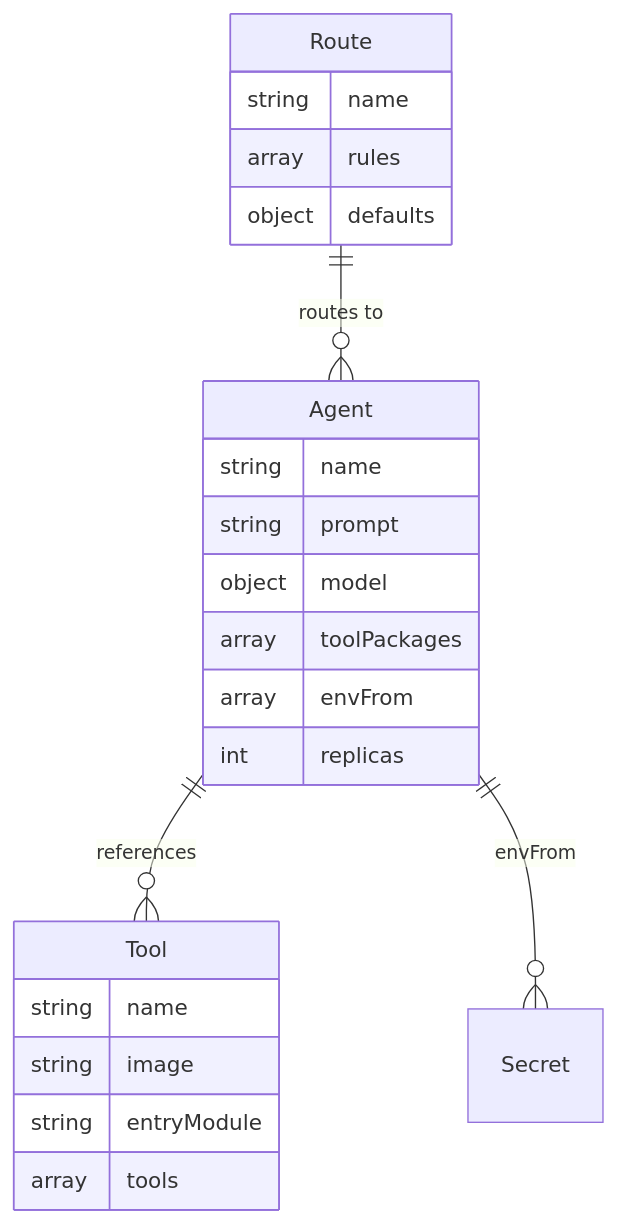
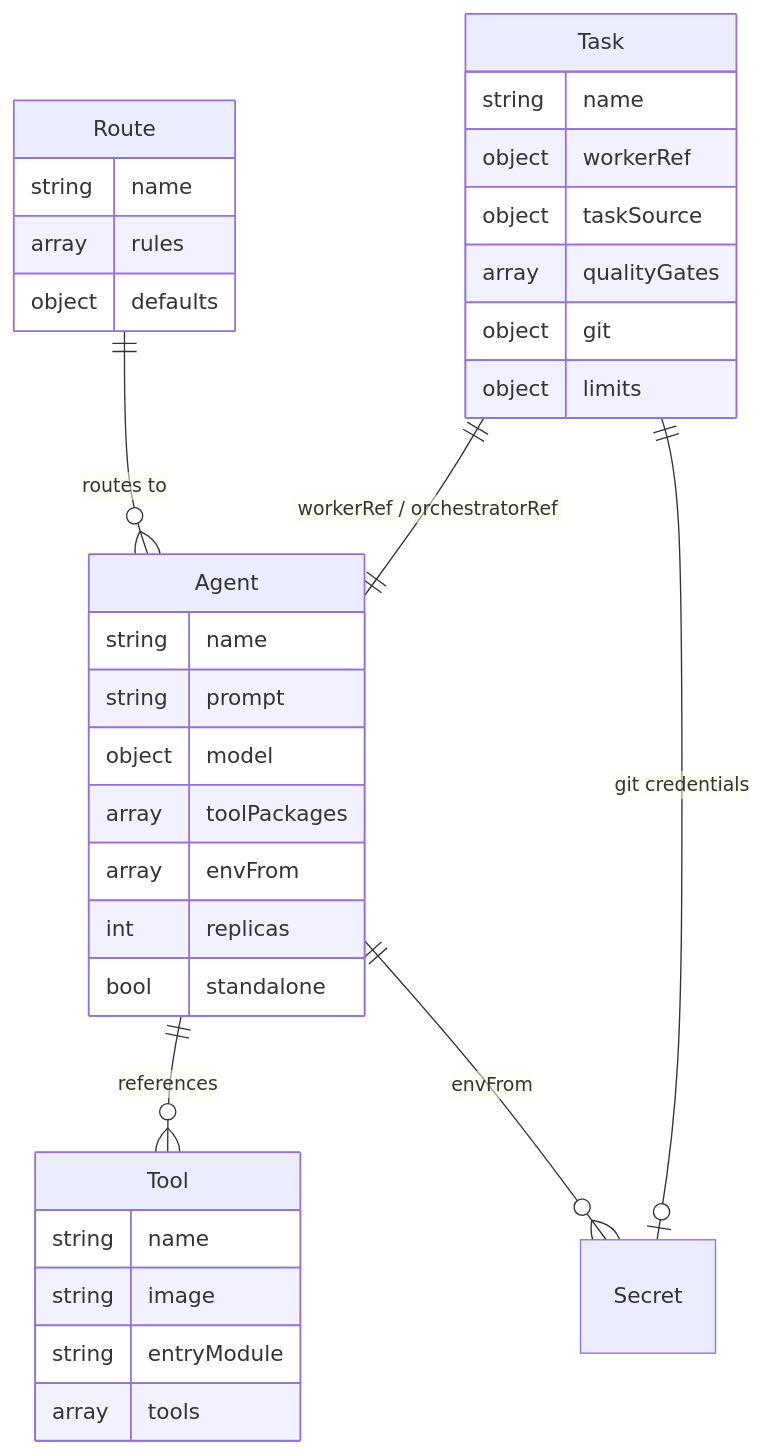
Before and after one commit to jalet/mcp-fabric: the fourth of 7 diagrams in docs/diagrams/architecture.md, drawn with Mermaid. The commit also changed other lines of this file and 54 other files, not shown here.

First line of the commit message:
fix: remove double http:// in worker endpoint, set ConfigMap owner ref

````diff
--- a/docs/diagrams/architecture.md
+++ b/docs/diagrams/architecture.md
@@ -109,28 +116,40 @@
 ```mermaid
 erDiagram
     Agent ||--o{ Tool : references
     Agent ||--o{ Secret : "envFrom"
     Route ||--o{ Agent : "routes to"
+    Task ||--|| Agent : "workerRef / orchestratorRef"
+    Task ||--o| Secret : "git credentials"
 
     Agent {
         string name
         string prompt
         object model
         array toolPackages
         array envFrom
         int replicas
+        bool standalone
     }
 
     Route {
         string name
         array rules
         object defaults
     }
 
     Tool {
         string name
         string image
         string entryModule
         array tools
     }
+
+    Task {
+        string name
+        object workerRef
+        object taskSource
+        array qualityGates
+        object git
+        object limits
+    }
 ```
````
